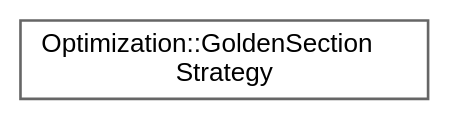
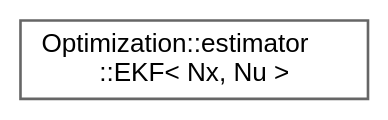
One commit to jswoo0615/Algorithms_for_Optimization_cpp changed the diagram in inherit_graph_26.dot. Above: the diagram before and after it, drawn with Graphviz. The commit also changed 128 other files, not shown here.

```diff
--- a/inherit_graph_26.dot
+++ b/inherit_graph_26.dot
@@ -1,9 +1,9 @@
 digraph "Graphical Class Hierarchy"
 {
  // LATEX_PDF_SIZE
   bgcolor="transparent";
   edge [fontname=Helvetica,fontsize=10,labelfontname=Helvetica,labelfontsize=10];
   node [fontname=Helvetica,fontsize=10,shape=box,height=0.2,width=0.4];
   rankdir="LR";
-  Node0 [id="Node000000",label="Optimization::GoldenSection\lStrategy",height=0.2,width=0.4,color="grey40", fillcolor="white", style="filled",URL="$structOptimization_1_1GoldenSectionStrategy.html",tooltip="선 탐색(Line Search)을 순환 좌표 탐색에 연결하는 전략 구조체"];
+  Node0 [id="Node000000",label="Optimization::estimator\l::EKF\< Nx, Nu \>",height=0.2,width=0.4,color="grey40", fillcolor="white", style="filled",URL="$classOptimization_1_1estimator_1_1EKF.html",tooltip=" "];
 }
```
